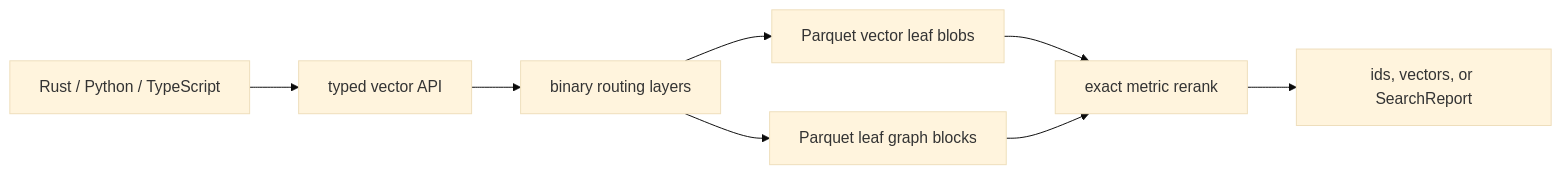
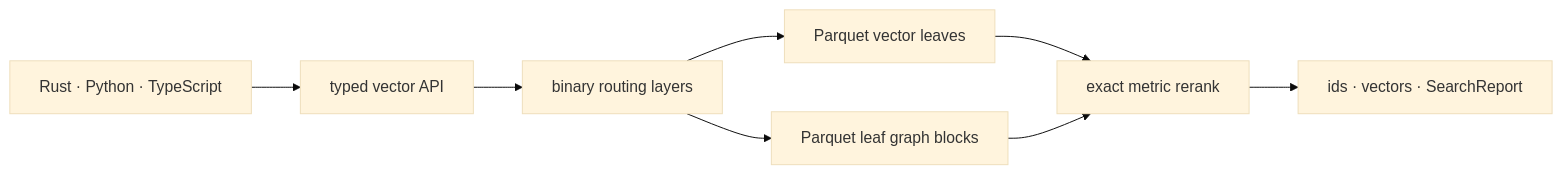
Before and after one commit to CausalityHQ/borsuk: the diagram in README.md, drawn with Mermaid (base theme). The commit also changed other lines of this file and 1 other file, not shown here.

````diff
--- a/README.md
+++ b/README.md
@@ -20,10 +31,10 @@
 ```mermaid
 flowchart LR
-  app["Rust / Python / TypeScript"] --> api["typed vector API"]
+  app["Rust · Python · TypeScript"] --> api["typed vector API"]
   api --> route["binary routing layers"]
-  route --> seg["Parquet vector leaf blobs"]
-  route --> graphBlocks["Parquet leaf graph blocks"]
+  route --> seg["Parquet vector leaves"]
+  route --> edges["Parquet leaf graph blocks"]
   seg --> rerank["exact metric rerank"]
-  graphBlocks --> rerank
-  rerank --> out["ids, vectors, or SearchReport"]
+  edges --> rerank
+  rerank --> out["ids · vectors · SearchReport"]
 ```
````
